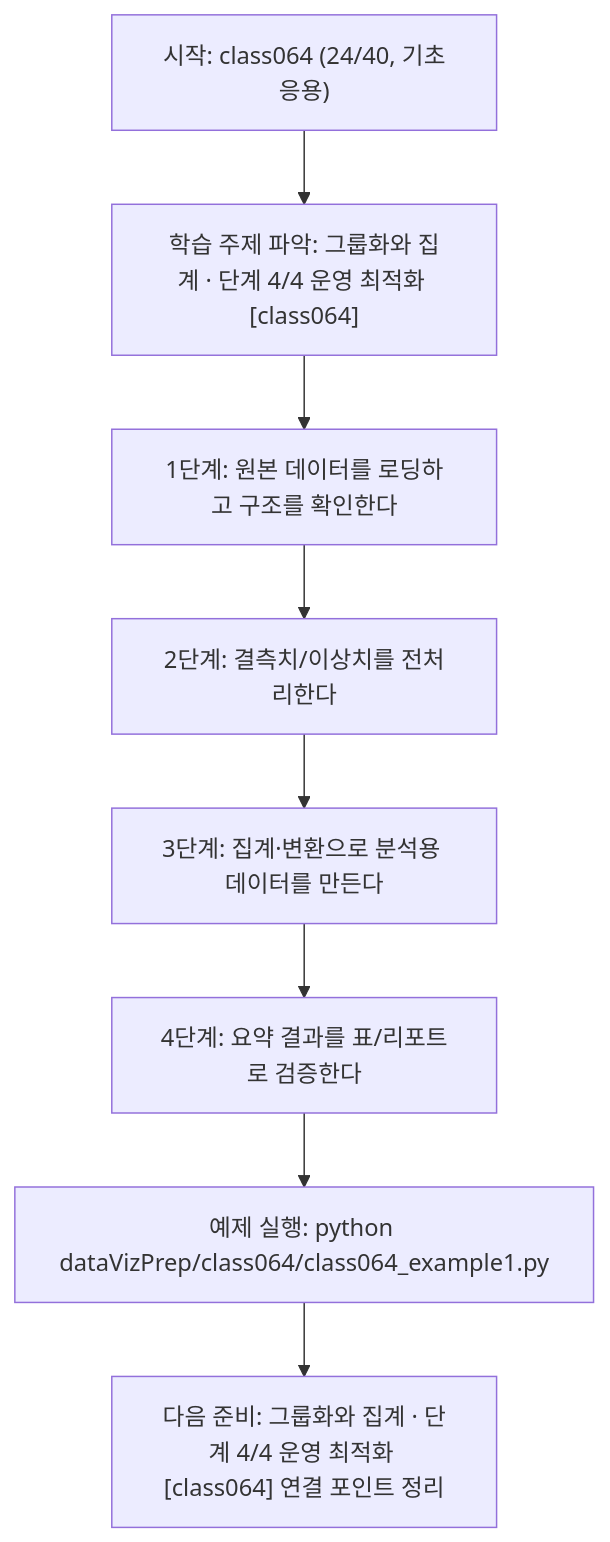
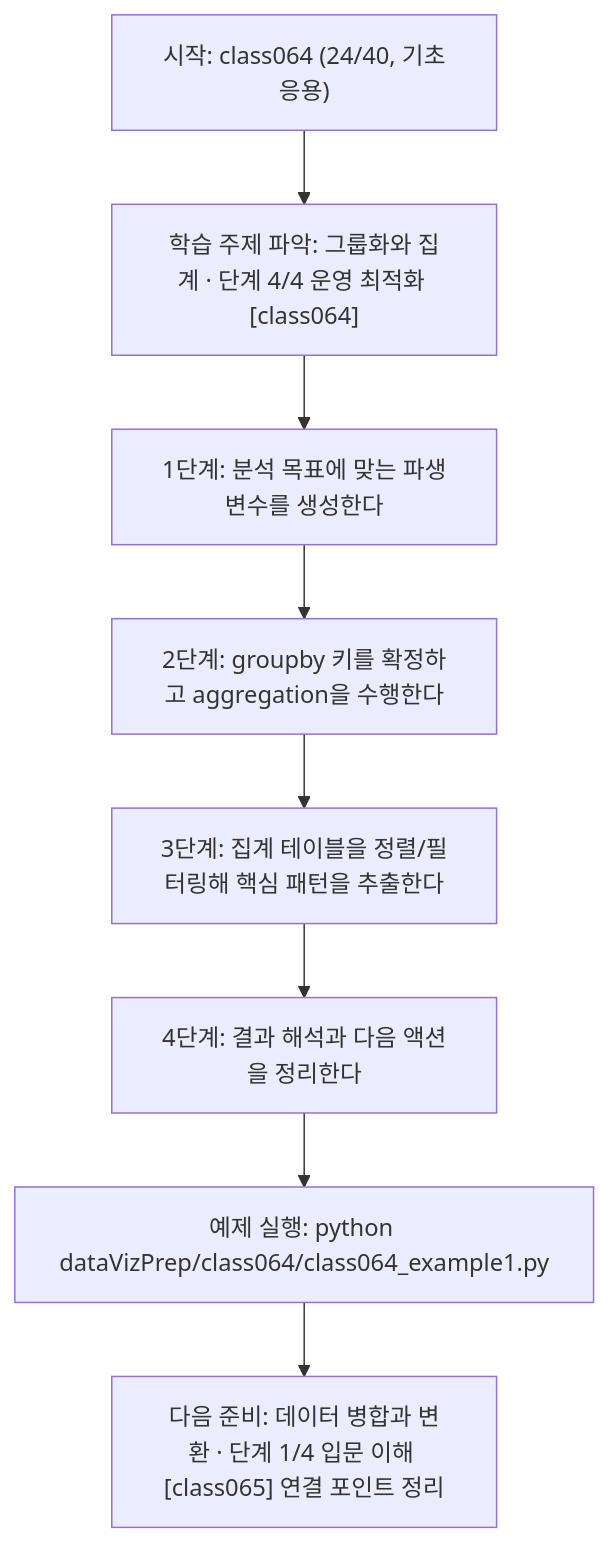
One commit to edumgt/Python-AI_Agent-Class changed the diagram in dataVizPrep/class064/class064.md. Above: the diagram before and after it, drawn with Mermaid. The commit also changed other lines of this file and 283 other files, not shown here.

````diff
--- a/dataVizPrep/class064/class064.md
+++ b/dataVizPrep/class064/class064.md
@@ -110,18 +92,18 @@
 ```mermaid
 flowchart TD
 N1["시작: class064 (24/40, 기초응용)"]
 N2["학습 주제 파악: 그룹화와 집계 · 단계 4/4 운영 최적화 [class064]"]
-N3["1단계: 원본 데이터를 로딩하고 구조를 확인한다"]
-N4["2단계: 결측치/이상치를 전처리한다"]
-N5["3단계: 집계·변환으로 분석용 데이터를 만든다"]
-N6["4단계: 요약 결과를 표/리포트로 검증한다"]
+N3["1단계: 분석 목표에 맞는 파생변수를 생성한다"]
+N4["2단계: groupby 키를 확정하고 aggregation을 수행한다"]
+N5["3단계: 집계 테이블을 정렬/필터링해 핵심 패턴을 추출한다"]
+N6["4단계: 결과 해석과 다음 액션을 정리한다"]
 N7["예제 실행: python dataVizPrep/class064/class064_example1.py"]
-N8["다음 준비: 그룹화와 집계 · 단계 4/4 운영 최적화 [class064] 연결 포인트 정리"]
+N8["다음 준비: 데이터 병합과 변환 · 단계 1/4 입문 이해 [class065] 연결 포인트 정리"]
 N1 --> N2
 N2 --> N3
 N3 --> N4
 N4 --> N5
 N5 --> N6
 N6 --> N7
 N7 --> N8
 ```
````
